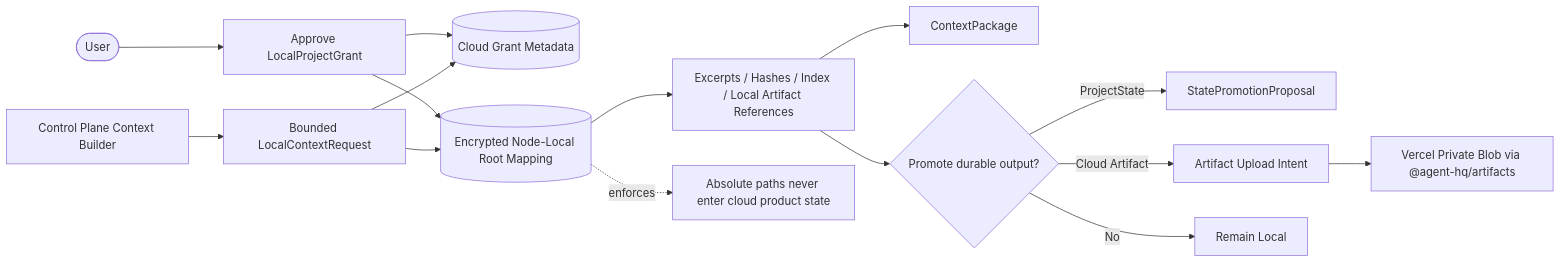
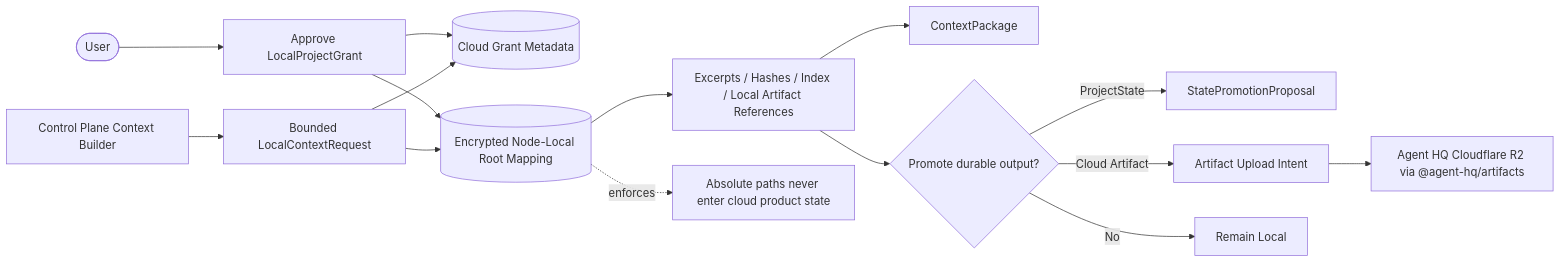
One commit to adea-ai/adea changed diagram 16 of 18 in docs/architecture/diagram-sources.md. Above: the diagram before and after it, drawn with Mermaid. The commit also changed other lines of this file, not shown here.

Commit message:
docs: reconcile Agent HQ architecture diagrams with canonical source

````diff
--- a/docs/architecture/diagram-sources.md
+++ b/docs/architecture/diagram-sources.md
@@ -467,18 +554,18 @@
 ```mermaid
 flowchart LR
     U([User]) --> G[Approve LocalProjectGrant]
     G --> CM[(Cloud Grant Metadata)]
     G --> NM[(Encrypted Node-Local Root Mapping)]
     CP[Control Plane Context Builder] --> R[Bounded LocalContextRequest]
     R --> CM
     R --> NM
     NM --> B[Excerpts / Hashes / Index / Local Artifact References]
     B --> C[ContextPackage]
     B --> D{Promote durable output?}
     D -->|ProjectState| P[StatePromotionProposal]
     D -->|Cloud Artifact| A[Artifact Upload Intent]
     D -->|No| L[Remain Local]
-    A --> V[Vercel Private Blob via @agent-hq/artifacts]
+    A --> V[Agent HQ Cloudflare R2 via @agent-hq/artifacts]
     Note[Absolute paths never enter cloud product state]
     NM -. enforces .-> Note
 ```
````
